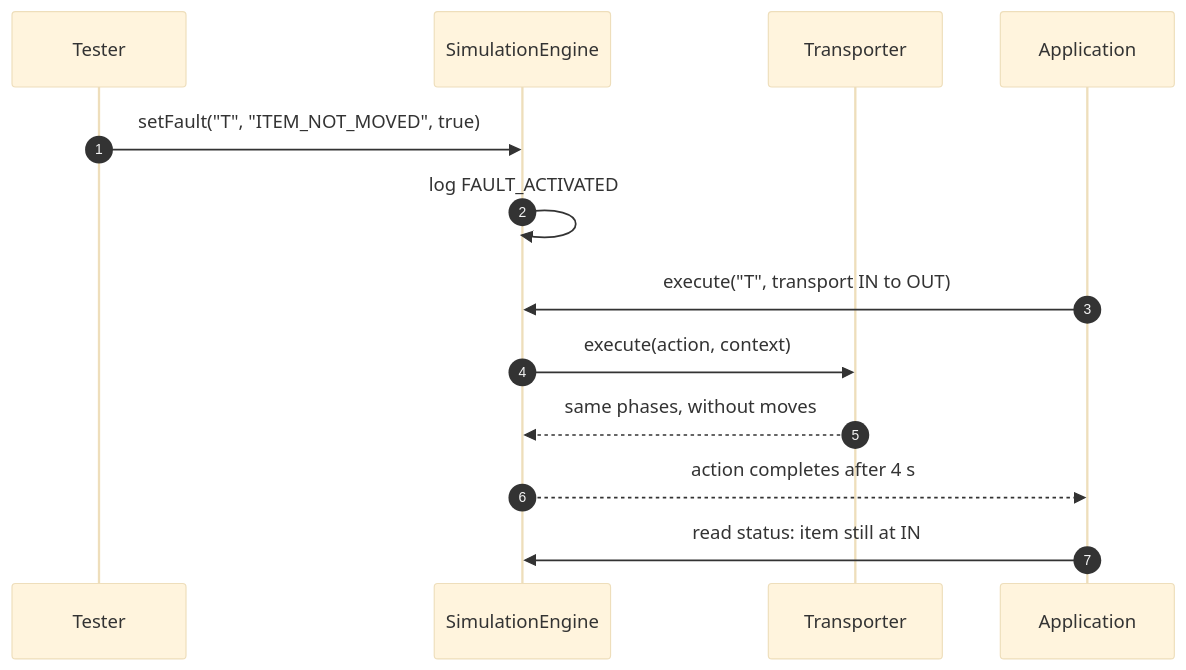
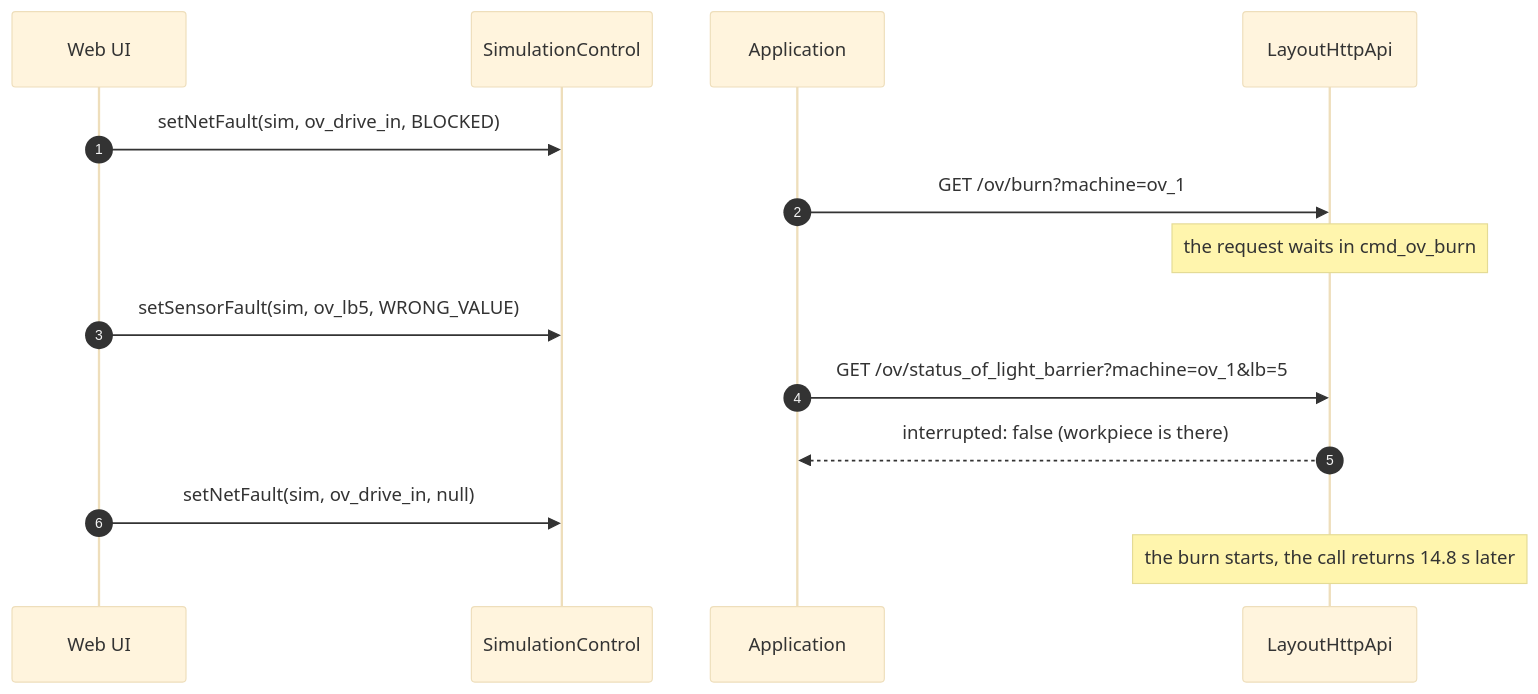
The fourth of 5 diagrams in docs/architecture.md (sejmasijaric/simulator-platform), drawn with Mermaid (base theme) before and after one commit. The commit also changed other lines of this file and 56 other files, not shown here.

Commit message:
updated ADRs + petri net layout approach added

````diff
--- a/docs/architecture.md
+++ b/docs/architecture.md
@@ -232,16 +145,17 @@
 ```mermaid
 sequenceDiagram
     autonumber
-    participant Tester
-    participant Eng as SimulationEngine
-    participant Comp as Transporter
+    participant UI as Web UI
+    participant Ctl as SimulationControl
     participant App as Application
+    participant Api as LayoutHttpApi
 
-    Tester->>Eng: setFault("T", "ITEM_NOT_MOVED", true)
-    Eng->>Eng: log FAULT_ACTIVATED
-    App->>Eng: execute("T", transport IN to OUT)
-    Eng->>Comp: execute(action, context)
-    Comp-->>Eng: same phases, without moves
-    Eng-->>App: action completes after 4 s
-    App->>Eng: read status: item still at IN
+    UI->>Ctl: setNetFault(sim, ov_drive_in, BLOCKED)
+    App->>Api: GET /ov/burn?machine=ov_1
+    Note over Api: the request waits in cmd_ov_burn
+    UI->>Ctl: setSensorFault(sim, ov_lb5, WRONG_VALUE)
+    App->>Api: GET /ov/status_of_light_barrier?machine=ov_1&lb=5
+    Api-->>App: interrupted: false (workpiece is there)
+    UI->>Ctl: setNetFault(sim, ov_drive_in, null)
+    Note over Api: the burn starts, the call returns 14.8 s later
 ```
````
